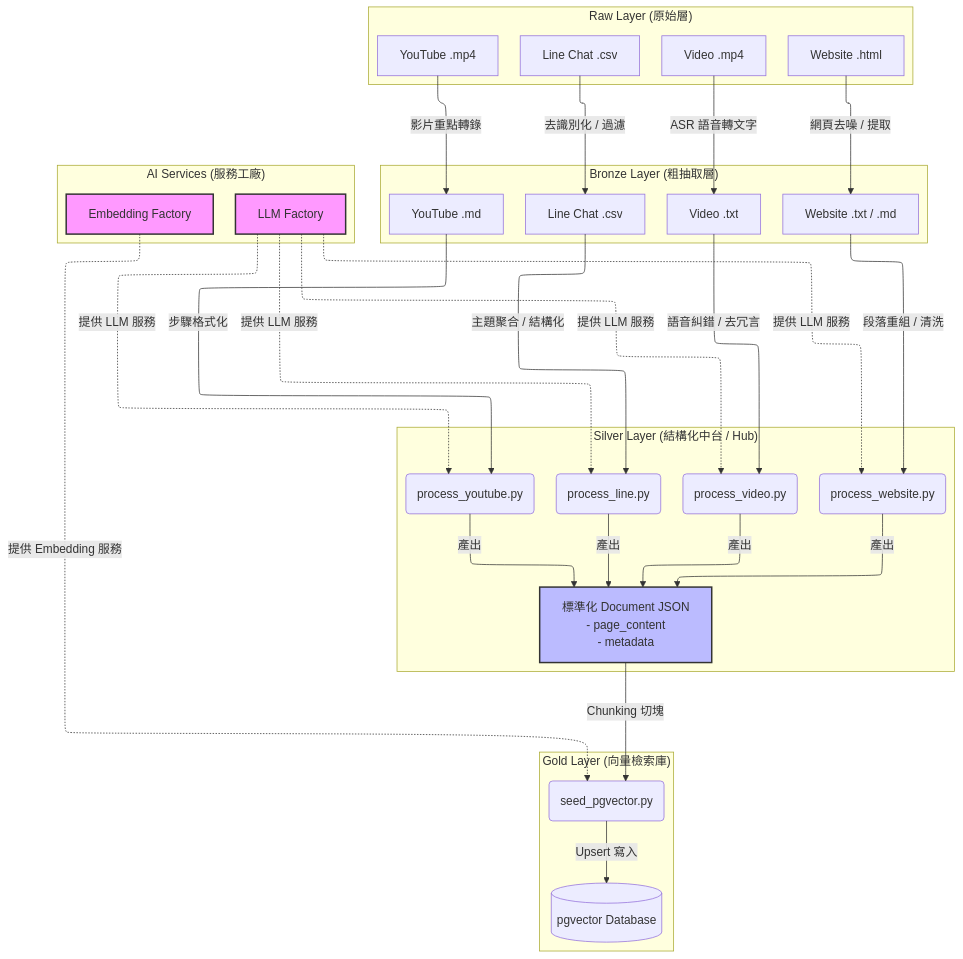
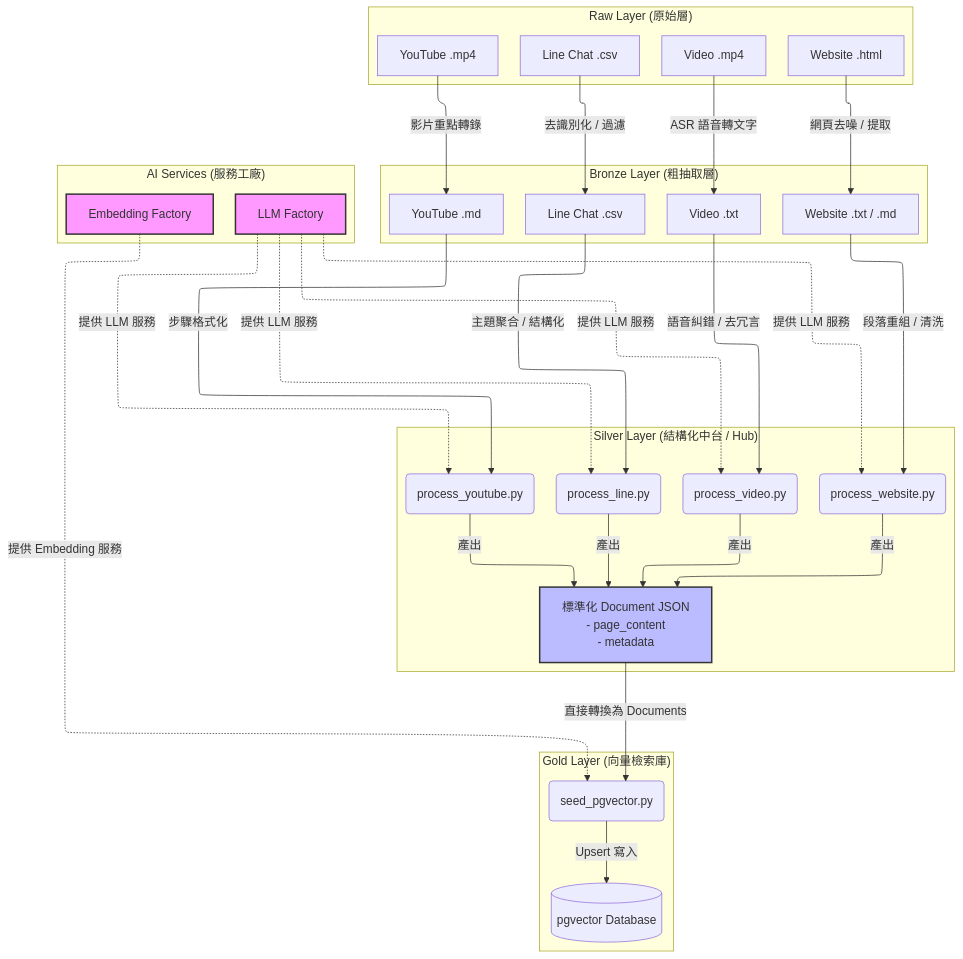
Before and after one commit to Imding1211/lock_AI_data: the diagram in docs/manuals/架構書.md, drawn with Mermaid. The commit also changed other lines of this file and 62 other files, not shown here.

First line of the commit message:
docs: update all manuals to reflect semantic pre-chunking, HyDE, and small-to-big retrieval architecture

````diff
--- a/docs/manuals/架構書.md
+++ b/docs/manuals/架構書.md
@@ -8,63 +8,63 @@
 ```mermaid
 ---
 config:
   layout: elk
 ---
 graph TD
     subgraph "Raw Layer (原始層)"
         A1[Line Chat .csv]
         A2[Video .mp4]
         A3[Website .html]
         A4[YouTube .mp4]
     end
 
     subgraph "Bronze Layer (粗抽取層)"
         B1[Line Chat .csv]
         B2[Video .txt]
         B3[Website .txt / .md]
         B4[YouTube .md]
     end
 
     subgraph "AI Services (服務工廠)"
         LLM_F[LLM Factory]
         EMB_F[Embedding Factory]
     end
 
     subgraph "Silver Layer (結構化中台 / Hub)"
         C1(process_line.py)
         C2(process_video.py)
         C3(process_website.py)
         C4(process_youtube.py)
         
         D[標準化 Document JSON<br/>- page_content<br/>- metadata]
     end
 
     subgraph "Gold Layer (向量檢索庫)"
         E(seed_pgvector.py)
         F[(pgvector Database)]
     end
 
     A1 -->|去識別化 / 過濾| B1
     A2 -->|ASR 語音轉文字| B2
     A3 -->|網頁去噪 / 提取| B3
     A4 -->|影片重點轉錄| B4
 
     B1 -->|主題聚合 / 結構化| C1
     B2 -->|語音糾錯 / 去冗言| C2
     B3 -->|段落重組 / 清洗| C3
     B4 -->|步驟格式化| C4
     
     LLM_F -.->|提供 LLM 服務| C1 & C2 & C3 & C4
     
     C1 & C2 & C3 & C4 -->|產出| D
     
-    D -->|Chunking 切塊| E
+    D -->|直接轉換為 Documents| E
     
     EMB_F -.->|提供 Embedding 服務| E
     
     E -->|Upsert 寫入| F
     
     style LLM_F fill:#f9f,stroke:#333,stroke-width:2px
     style EMB_F fill:#f9f,stroke:#333,stroke-width:2px
     style D fill:#bbf,stroke:#333,stroke-width:2px
 ```
````
